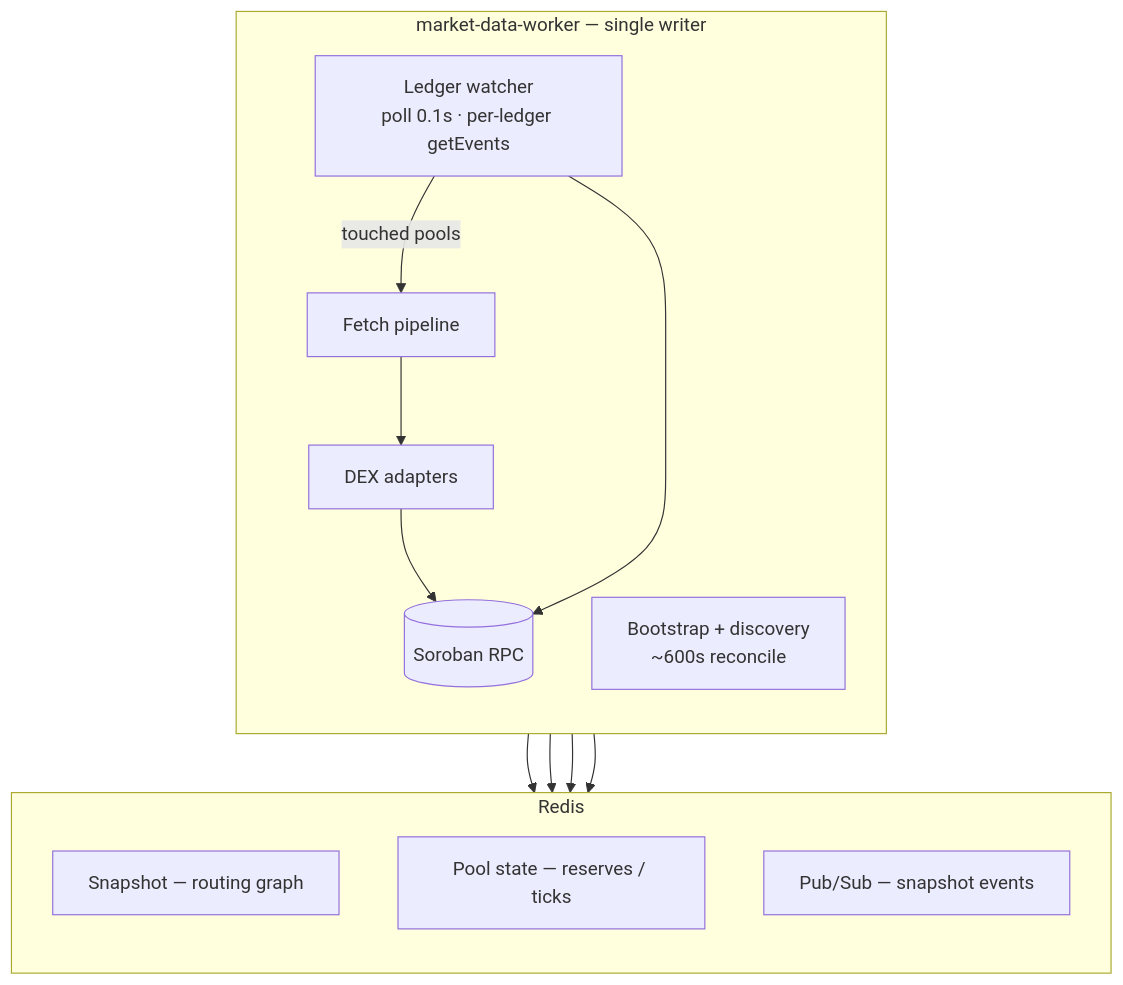
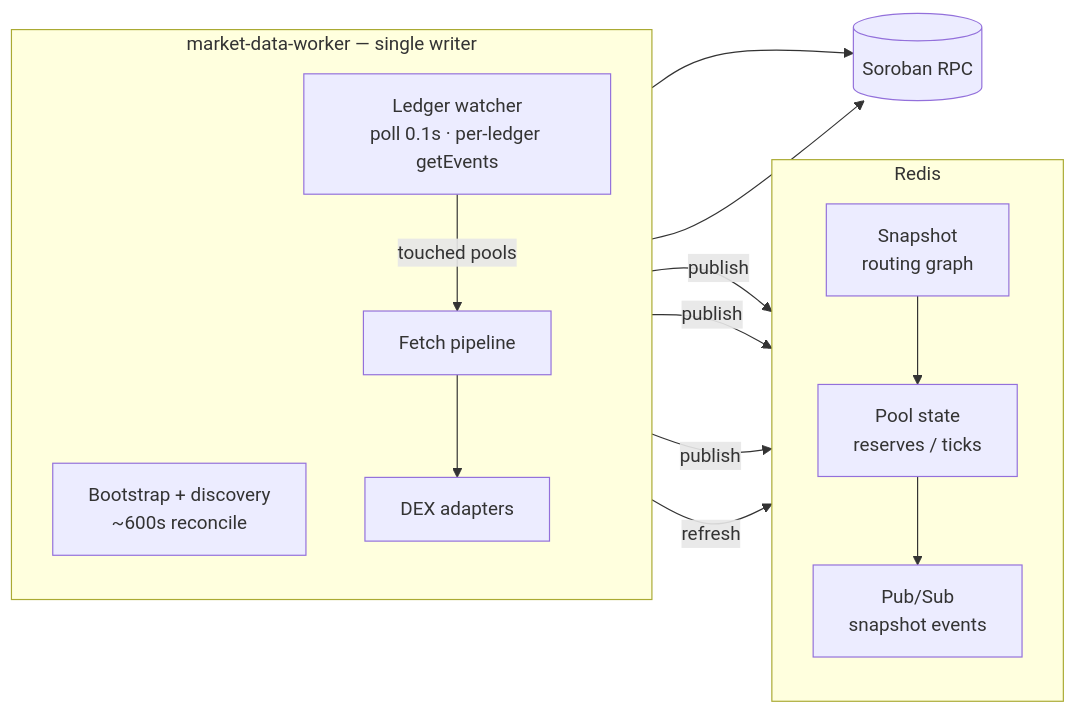
One commit to Lum-Agg/stellar-dex-agg changed the first of 3 diagrams in README.md. Above: the diagram before and after it, drawn with Mermaid.

Commit message:
update graph

````diff
--- a/README.md
+++ b/README.md
@@ -45,29 +45,31 @@
 ```mermaid
-flowchart TB
-  RPC[(Soroban RPC)]
+flowchart LR
+  subgraph redis [Redis]
+    direction TB
+    SNAP["Snapshot<br/>routing graph"]
+    POOL["Pool state<br/>reserves / ticks"]
+    PUB["Pub/Sub<br/>snapshot events"]
+    SNAP --> POOL --> PUB
+  end
 
-  subgraph worker [market-data-worker — single writer]
+  subgraph worker ["market-data-worker — single writer"]
     direction TB
-    LW[Ledger watcher<br/>poll 0.1s · per-ledger getEvents]
-    FP[Fetch pipeline]
-    AD[DEX adapters]
-    BD[Bootstrap + discovery<br/>~600s reconcile]
+    BD["Bootstrap + discovery<br/>~600s reconcile"]
+    LW["Ledger watcher<br/>poll 0.1s · per-ledger getEvents"]
+    FP["Fetch pipeline"]
+    AD["DEX adapters"]
 
     LW -->|touched pools| FP
     FP --> AD
-    AD --> RPC
-    LW --> RPC
   end
 
-  subgraph redis [Redis]
-    direction TB
-    SNAP[Snapshot — routing graph]
-    POOL[Pool state — reserves / ticks]
-    PUB[Pub/Sub — snapshot events]
-  end
+  RPC[(Soroban RPC)]
 
-  BD --> SNAP
-  BD --> POOL
-  FP --> POOL
-  BD --> PUB
+  AD --> RPC
+  LW --> RPC
+
+  BD -->|publish| SNAP
+  BD -->|publish| POOL
+  BD -->|publish| PUB
+  FP -->|refresh| POOL
 ```
````
